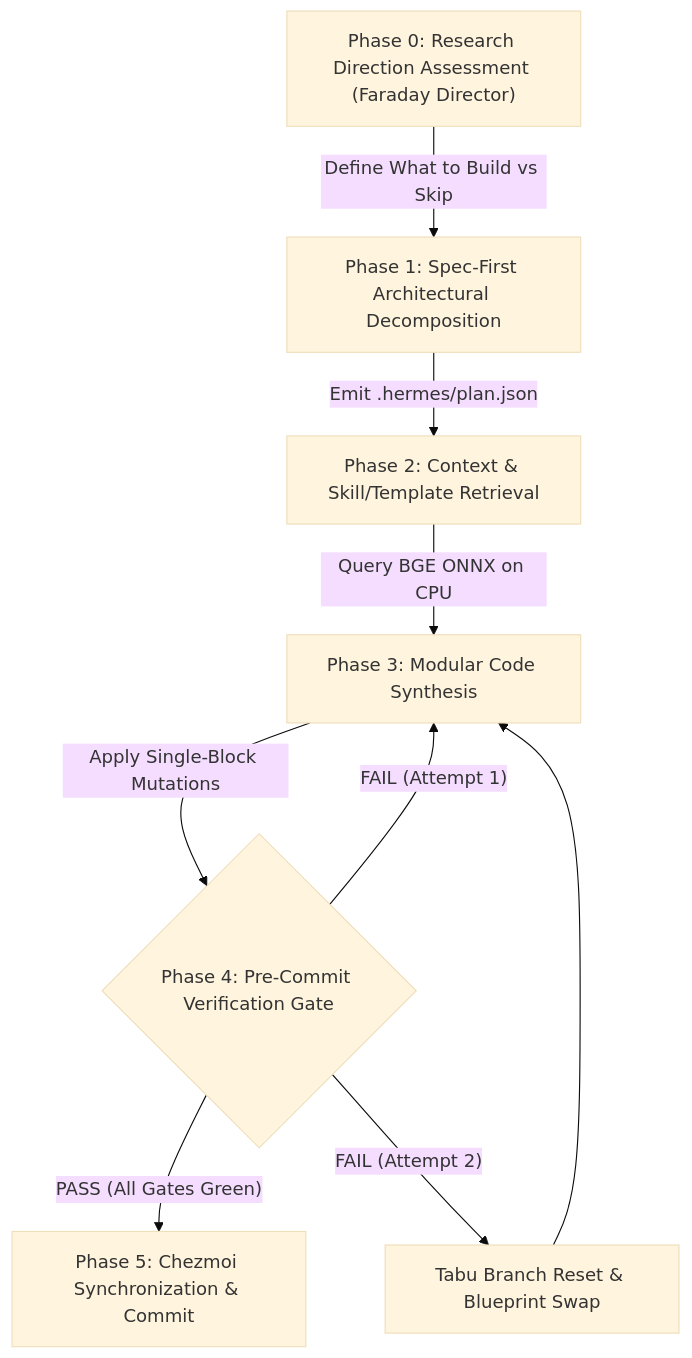
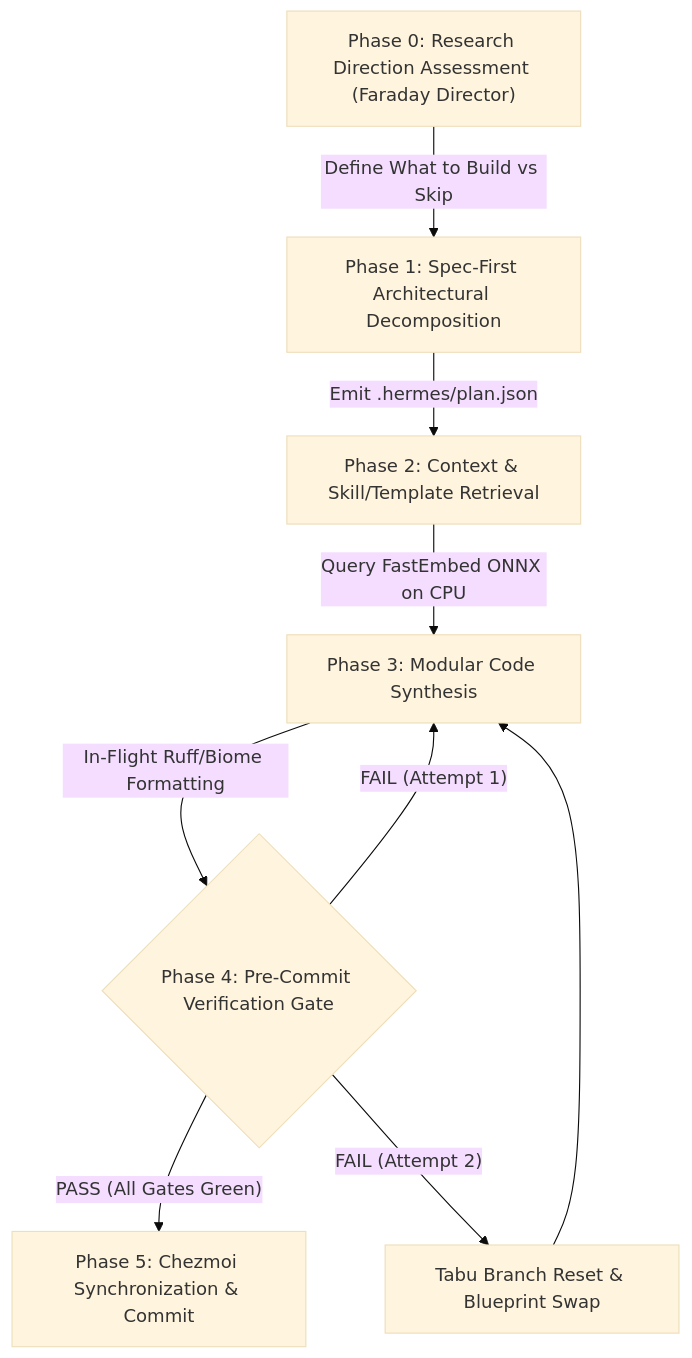
Before and after one commit to imshubhamsocial/dotfiles-hermes: the diagram in AGENTS.md, drawn with Mermaid (base theme). The commit also changed other lines of this file and 1 other file, not shown here.

Commit message:
docs(agents): bind AGENTS.md operating standard directly to Issues.md registry, Upstream Package Architecture, and Evaluator-Profiled Rigor

````diff
--- a/AGENTS.md
+++ b/AGENTS.md
@@ -73,11 +84,11 @@
 ```mermaid
 graph TD
     Z["Phase 0: Research Direction Assessment (Faraday Director)"] -->|"Define What to Build vs Skip"| A["Phase 1: Spec-First Architectural Decomposition"]
     A -->|"Emit .hermes/plan.json"| B["Phase 2: Context & Skill/Template Retrieval"]
-    B -->|"Query BGE ONNX on CPU"| C["Phase 3: Modular Code Synthesis"]
-    C -->|"Apply Single-Block Mutations"| D{"Phase 4: Pre-Commit Verification Gate"}
+    B -->|"Query FastEmbed ONNX on CPU"| C["Phase 3: Modular Code Synthesis"]
+    C -->|"In-Flight Ruff/Biome Formatting"| D{"Phase 4: Pre-Commit Verification Gate"}
     D -->|"PASS (All Gates Green)"| E["Phase 5: Chezmoi Synchronization & Commit"]
     D -->|"FAIL (Attempt 1)"| C
     D -->|"FAIL (Attempt 2)"| F["Tabu Branch Reset & Blueprint Swap"]
     F --> C
 ```
````
